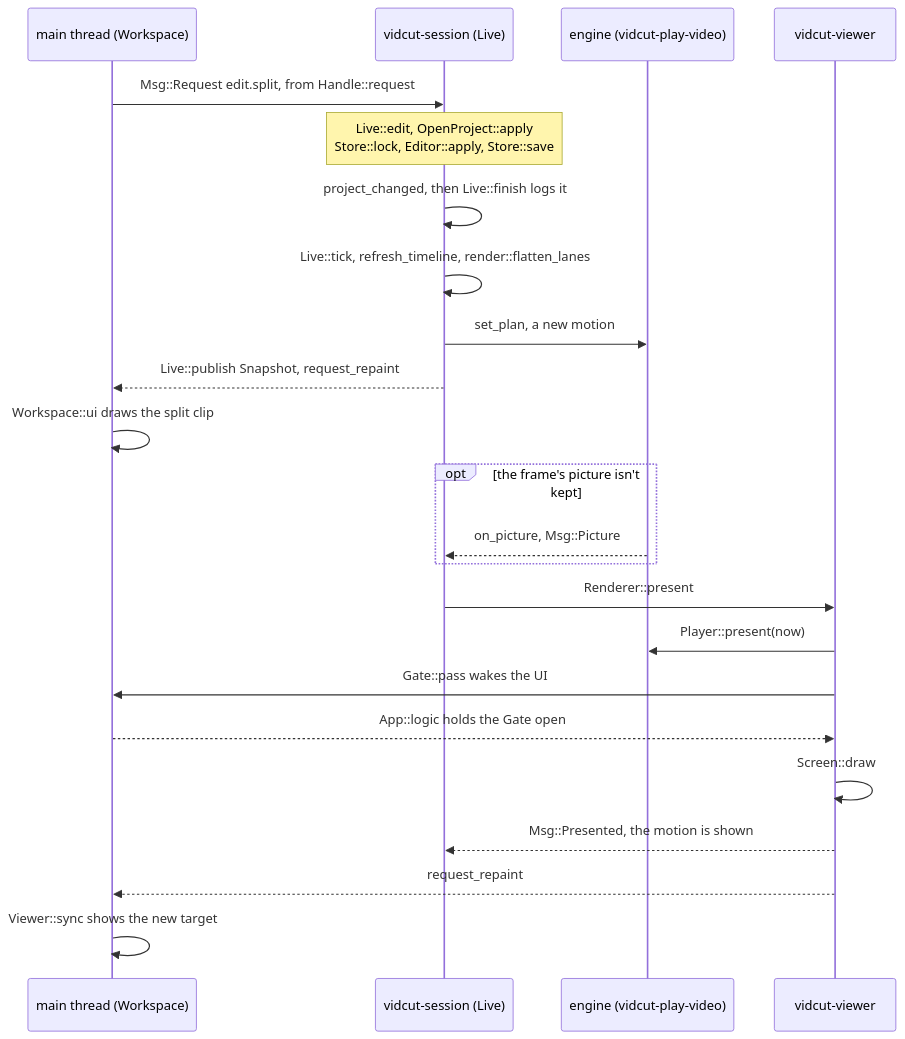
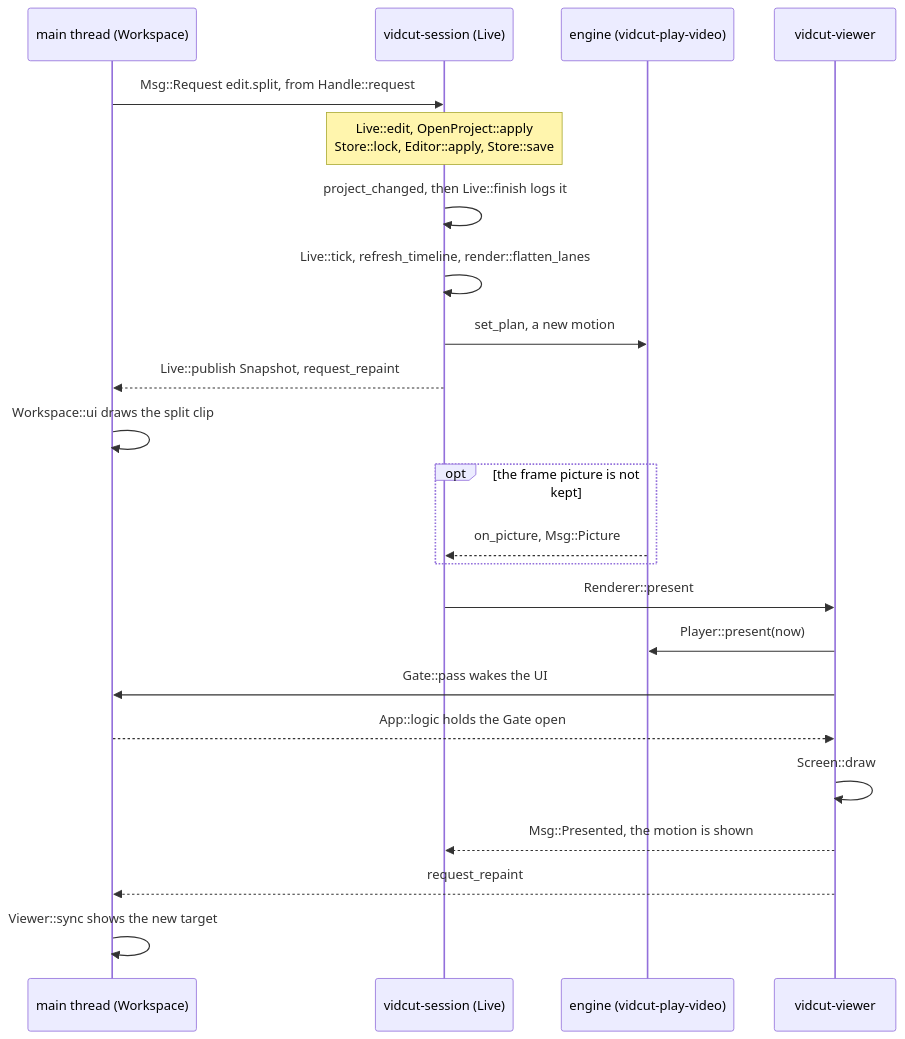
The third of 3 diagrams in docs/design/live.md (oittaa/vidcut), drawn with Mermaid before and after one commit. The commit also changed other lines of this file and 10 other files, not shown here.

````diff
--- a/docs/design/live.md
+++ b/docs/design/live.md
@@ -150,25 +316,25 @@
 ```mermaid
 sequenceDiagram
   participant UI as main thread (Workspace)
   participant S as vidcut-session (Live)
   participant E as engine (vidcut-play-video)
   participant V as vidcut-viewer
   UI->>S: Msg::Request edit.split, from Handle::request
   Note over S: Live::edit, OpenProject::apply<br>Store::lock, Editor::apply, Store::save
   S->>S: project_changed, then Live::finish logs it
   S->>S: Live::tick, refresh_timeline, render::flatten_lanes
   S->>E: set_plan, a new motion
   S-->>UI: Live::publish Snapshot, request_repaint
   UI->>UI: Workspace::ui draws the split clip
-  opt the frame's picture isn't kept
+  opt the frame picture is not kept
     E-->>S: on_picture, Msg::Picture
   end
   S->>V: Renderer::present
   V->>E: Player::present(now)
   V->>UI: Gate::pass wakes the UI
   UI-->>V: App::logic holds the Gate open
   V->>V: Screen::draw
   V-->>S: Msg::Presented, the motion is shown
   V-->>UI: request_repaint
   UI->>UI: Viewer::sync shows the new target
 ```
````
